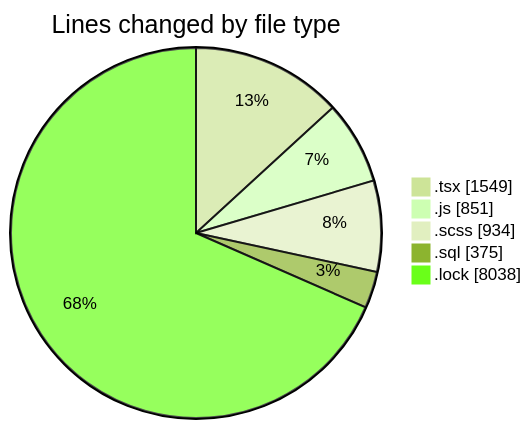
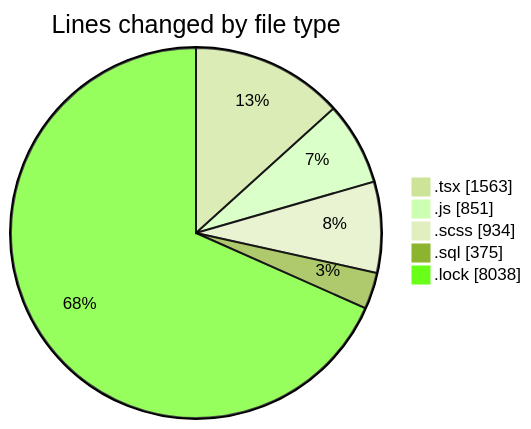
The first of 2 diagrams in 2025-03-18/cda/README.md (momahboobian/code-tracking), drawn with Mermaid (forest theme) before and after one commit. The commit also changed other lines of this file and 1 other file, not shown here.

````diff
--- a/2025-03-18/cda/README.md
+++ b/2025-03-18/cda/README.md
@@ -32,9 +32,9 @@
 ```mermaid
 pie showData
 title Lines changed by file type
-".tsx" : 1549
+".tsx" : 1563
 ".js" : 851
 ".scss" : 934
 ".sql" : 375
 ".lock" : 8038
 ```
````
